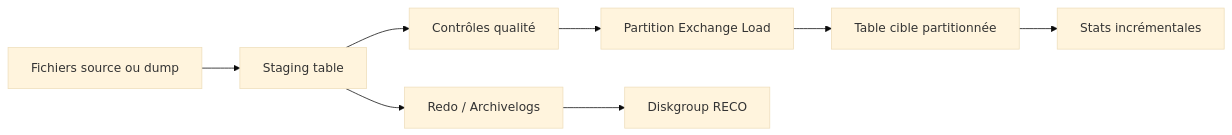
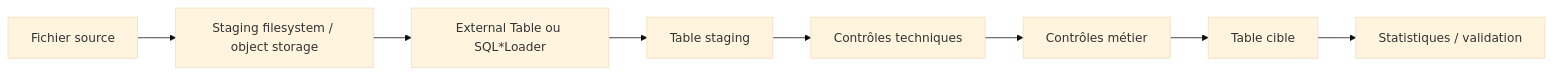
Before and after one commit to zdmooc/oracle-exadata-infra-ha-dr-course-labs-v5: the diagram in modules/13-bulk-data-loading.md, drawn with Mermaid (base theme). The commit also changed other lines of this file, not shown here.

````diff
--- a/modules/13-bulk-data-loading.md
+++ b/modules/13-bulk-data-loading.md
@@ -160,10 +422,10 @@
 ```mermaid
 flowchart LR
-    SRC[Fichiers source ou dump] --> STG[Staging table]
-    STG --> VALID[Contrôles qualité]
-    VALID --> PEL[Partition Exchange Load]
-    PEL --> TGT[Table cible partitionnée]
-    TGT --> STATS[Stats incrémentales]
-    STG --> REDO[Redo / Archivelogs]
-    REDO --> RECO[Diskgroup RECO]
+    A[Fichier source] --> B[Staging filesystem / object storage]
+    B --> C[External Table ou SQL*Loader]
+    C --> D[Table staging]
+    D --> E[Contrôles techniques]
+    E --> F[Contrôles métier]
+    F --> G[Table cible]
+    G --> H[Statistiques / validation]
 ```
````
